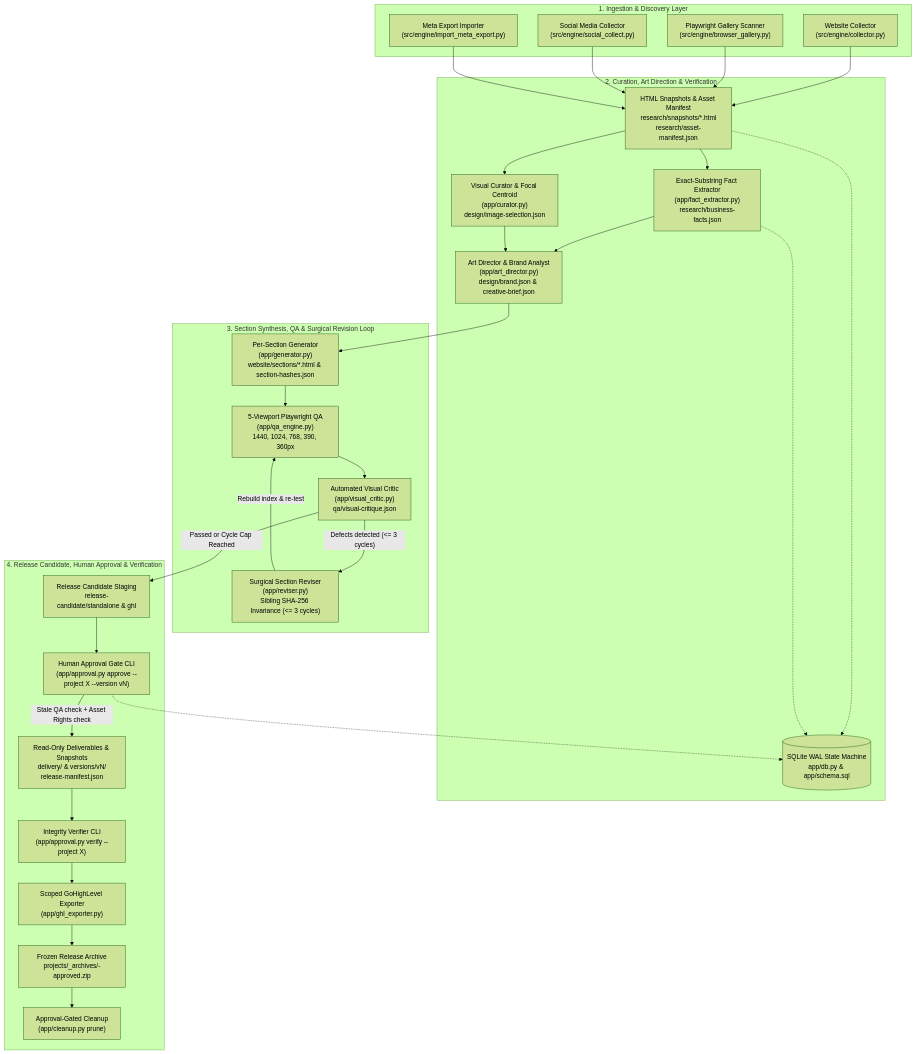
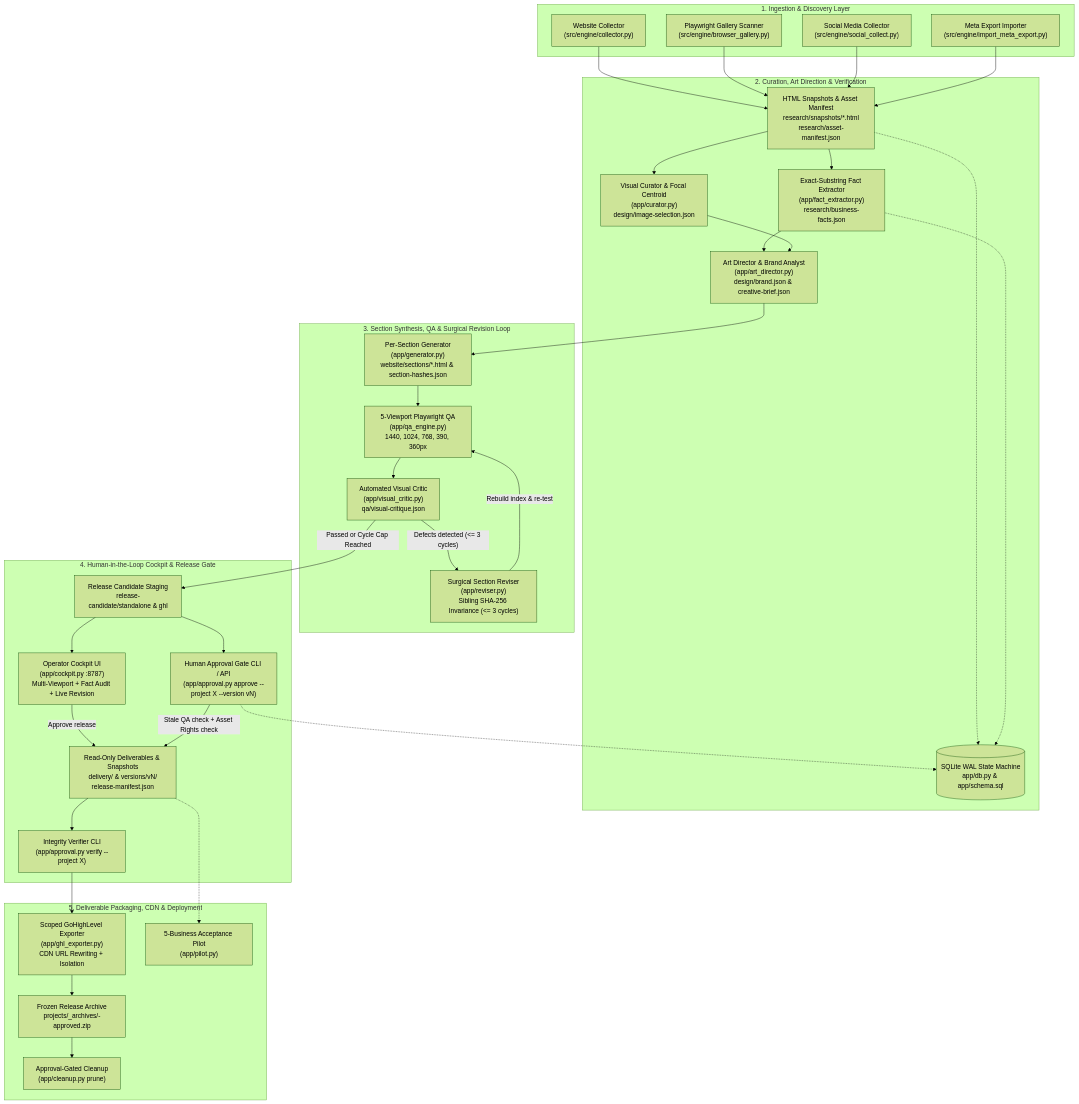
Before and after one commit to rashidtesting8-ops/pet-gromming-agent-factory: the first of 3 diagrams in README.md, drawn with Mermaid (forest theme). The commit also changed other lines of this file, not shown here.

````diff
--- a/README.md
+++ b/README.md
@@ -88,59 +91,67 @@
 ```mermaid
 flowchart TB
     subgraph Intake["1. Ingestion & Discovery Layer"]
         WC["Website Collector<br/>(src/engine/collector.py)"]
         BG["Playwright Gallery Scanner<br/>(src/engine/browser_gallery.py)"]
         SC["Social Media Collector<br/>(src/engine/social_collect.py)"]
         ME["Meta Export Importer<br/>(src/engine/import_meta_export.py)"]
     end
 
     subgraph Intelligence["2. Curation, Art Direction & Verification"]
         SNAP["HTML Snapshots & Asset Manifest<br/>research/snapshots/*.html<br/>research/asset-manifest.json"]
         FE["Exact-Substring Fact Extractor<br/>(app/fact_extractor.py)<br/>research/business-facts.json"]
         CUR["Visual Curator & Focal Centroid<br/>(app/curator.py)<br/>design/image-selection.json"]
         ART["Art Director & Brand Analyst<br/>(app/art_director.py)<br/>design/brand.json & creative-brief.json"]
         DB[("SQLite WAL State Machine<br/>app/db.py & app/schema.sql")]
     end
 
     subgraph Synthesis["3. Section Synthesis, QA & Surgical Revision Loop"]
         GEN["Per-Section Generator<br/>(app/generator.py)<br/>website/sections/*.html & section-hashes.json"]
         QA["5-Viewport Playwright QA<br/>(app/qa_engine.py)<br/>1440, 1024, 768, 390, 360px"]
         VC["Automated Visual Critic<br/>(app/visual_critic.py)<br/>qa/visual-critique.json"]
         REV["Surgical Section Reviser<br/>(app/reviser.py)<br/>Sibling SHA-256 Invariance (<= 3 cycles)"]
     end
 
-    subgraph GatedRelease["4. Release Candidate, Human Approval & Verification"]
+    subgraph HumanReview["4. Human-in-the-Loop Cockpit & Release Gate"]
         RC["Release Candidate Staging<br/>release-candidate/standalone & ghl"]
-        APP["Human Approval Gate CLI<br/>(app/approval.py approve --project X --version vN)"]
+        UI["Operator Cockpit UI<br/>(app/cockpit.py :8787)<br/>Multi-Viewport + Fact Audit + Live Revision"]
+        APP["Human Approval Gate CLI / API<br/>(app/approval.py approve --project X --version vN)"]
         VER["Integrity Verifier CLI<br/>(app/approval.py verify --project X)"]
         DELIV["Read-Only Deliverables & Snapshots<br/>delivery/ & versions/vN/<br/>release-manifest.json"]
-        EXP["Scoped GoHighLevel Exporter<br/>(app/ghl_exporter.py)"]
+    end
+
+    subgraph Packaging["5. Deliverable Packaging, CDN & Deployment"]
+        EXP["Scoped GoHighLevel Exporter<br/>(app/ghl_exporter.py)<br/>CDN URL Rewriting + Isolation"]
         ZIP["Frozen Release Archive<br/>projects/_archives/<id>-approved.zip"]
         PRN["Approval-Gated Cleanup<br/>(app/cleanup.py prune)"]
+        PILOT["5-Business Acceptance Pilot<br/>(app/pilot.py)"]
     end
 
     WC --> SNAP
     BG --> SNAP
     SC --> SNAP
     ME --> SNAP
     SNAP --> FE
     SNAP --> CUR
     FE --> ART
     CUR --> ART
     ART --> GEN
     GEN --> QA
     QA --> VC
     VC -- "Defects detected (<= 3 cycles)" --> REV
     REV -- "Rebuild index & re-test" --> QA
     VC -- "Passed or Cycle Cap Reached" --> RC
+    RC --> UI
     RC --> APP
+    UI -- "Approve release" --> DELIV
     APP -- "Stale QA check + Asset Rights check" --> DELIV
     DELIV --> VER
     VER --> EXP
     EXP --> ZIP
     ZIP --> PRN
+    DELIV -.-> PILOT
 
     SNAP -.-> DB
     FE -.-> DB
     APP -.-> DB
 ```
````
